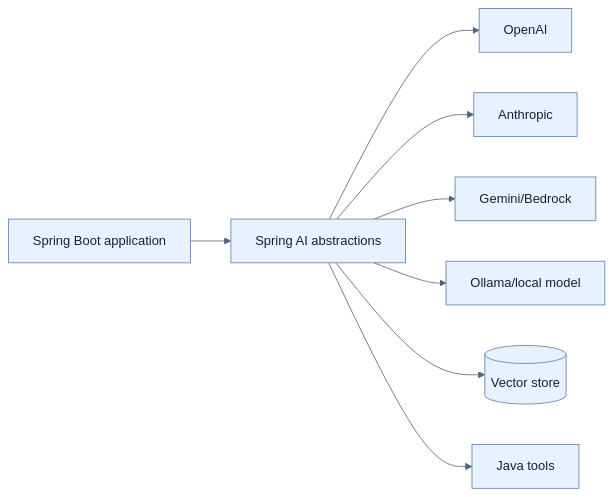
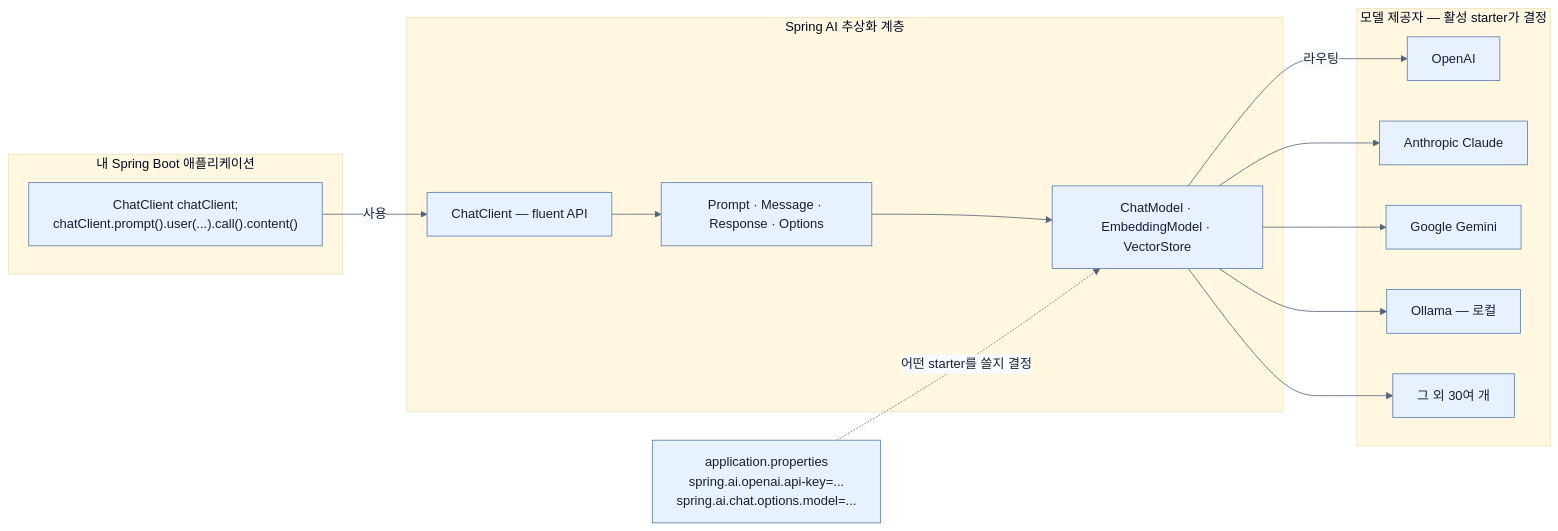
The diagram in spring-boot-4-pdf-notes/part-6-building-intelligent-applications-with-spring-ai/chapter-14-building-intelligent-applications-with-spring-ai/01-introducing-llms-and-spring-ai.md (sing-u8/Learning_Spring_Boot_4), drawn with Mermaid before and after one commit. The commit also changed other lines of this file and 253 other files, not shown here.

````diff
--- a/spring-boot-4-pdf-notes/part-6-building-intelligent-applications-with-spring-ai/chapter-14-building-intelligent-applications-with-spring-ai/01-introducing-llms-and-spring-ai.md
+++ b/spring-boot-4-pdf-notes/part-6-building-intelligent-applications-with-spring-ai/chapter-14-building-intelligent-applications-with-spring-ai/01-introducing-llms-and-spring-ai.md
@@ -32,11 +101,33 @@
 ```mermaid
 %%{init: {'theme': 'base', 'themeVariables': {'background': '#ffffff', 'primaryColor': '#e8f1ff', 'primaryTextColor': '#172033', 'primaryBorderColor': '#5b7db1', 'lineColor': '#52647a', 'secondaryColor': '#f7fbff', 'tertiaryColor': '#fff7df'}}}%%
 flowchart LR
-    A[Spring Boot application] --> C[Spring AI abstractions]
-    C --> O[OpenAI]
-    C --> AN[Anthropic]
-    C --> G[Gemini/Bedrock]
-    C --> L[Ollama/local model]
-    C --> V[(Vector store)]
-    C --> T[Java tools]
+    subgraph APP["내 Spring Boot 애플리케이션"]
+        CODE["ChatClient chatClient;<br/>chatClient.prompt().user(...).call().content()"]
+    end
+
+    subgraph SAI["Spring AI 추상화 계층"]
+        CC["ChatClient — fluent API"]
+        PARTS["Prompt · Message · Response · Options"]
+        CORE["ChatModel · EmbeddingModel · VectorStore"]
+    end
+
+    subgraph PROV["모델 제공자 — 활성 starter가 결정"]
+        P1["OpenAI"]
+        P2["Anthropic Claude"]
+        P3["Google Gemini"]
+        P4["Ollama — 로컬"]
+        P5["그 외 30여 개"]
+    end
+
+    CONF["application.properties<br/>spring.ai.openai.api-key=...<br/>spring.ai.chat.options.model=..."]
+
+    CODE -->|사용| CC
+    CC --> PARTS
+    PARTS --> CORE
+    CORE -->|라우팅| P1
+    CORE --> P2
+    CORE --> P3
+    CORE --> P4
+    CORE --> P5
+    CONF -.->|어떤 starter를 쓸지 결정| CORE
 ```
````
